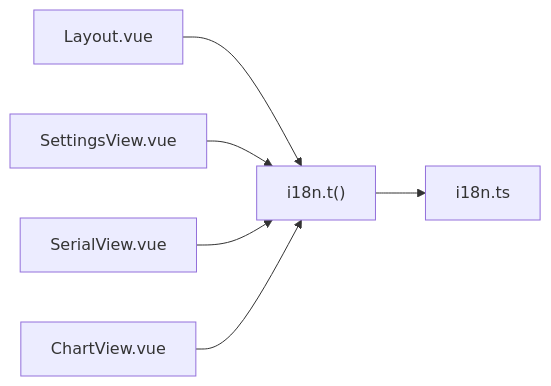
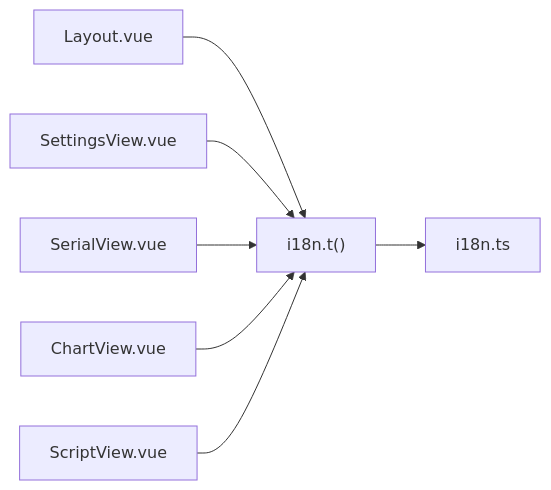
One commit to elabdlut/KonSerial changed the sixth of 7 diagrams in .qoder/repowiki/zh/content/国际化支持.md. Above: the diagram before and after it, drawn with Mermaid. The commit also changed other lines of this file and 20 other files, not shown here.

````diff
--- a/.qoder/repowiki/zh/content/国际化支持.md
+++ b/.qoder/repowiki/zh/content/国际化支持.md
@@ -219,8 +233,9 @@
 ```mermaid
 graph LR
 L["Layout.vue"] --> T["i18n.t()"]
 SV["SettingsView.vue"] --> T
 SIV["SerialView.vue"] --> T
 CHV["ChartView.vue"] --> T
+SCV["ScriptView.vue"] --> T
 T --> I18N["i18n.ts"]
 ```
````
